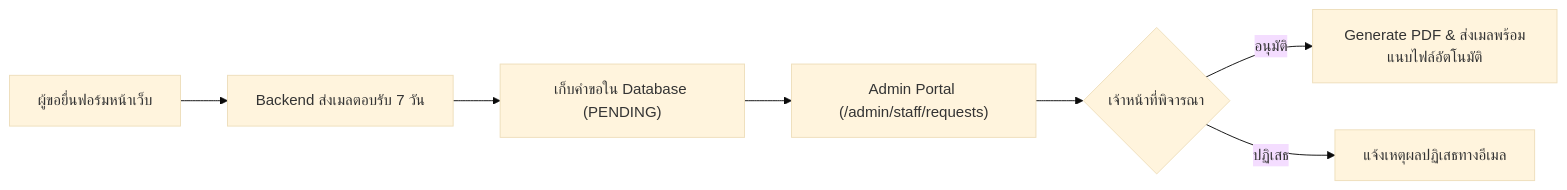
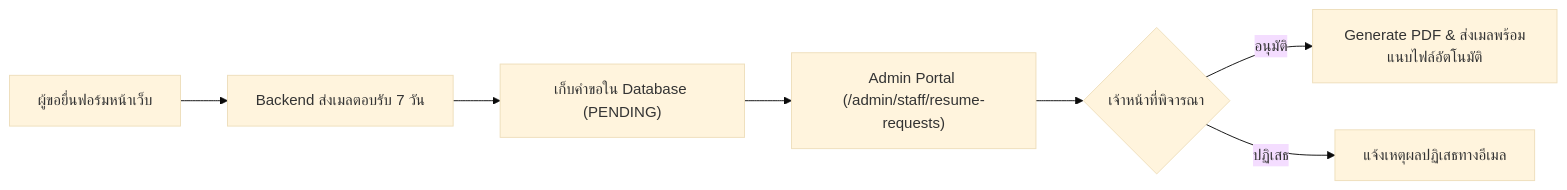
Before and after one commit to go2december/soc-crru-2026: the diagram in docs/01_Active_Tasks/plan-staff-resume-admin-portal.md, drawn with Mermaid (base theme). The commit also changed other lines of this file and 70 other files, not shown here.

Commit message:
feat(staff): complete resume requests admin portal, anti-bot verification, and agent skill pruning

````diff
--- a/docs/01_Active_Tasks/plan-staff-resume-admin-portal.md
+++ b/docs/01_Active_Tasks/plan-staff-resume-admin-portal.md
@@ -23,9 +24,9 @@
 ```mermaid
 flowchart LR
     A["ผู้ขอยื่นฟอร์มหน้าเว็บ"] --> B["Backend ส่งเมลตอบรับ 7 วัน"]
     B --> C["เก็บคำขอใน Database (PENDING)"]
-    C --> D["Admin Portal (/admin/staff/requests)"]
+    C --> D["Admin Portal (/admin/staff/resume-requests)"]
     D --> E{"เจ้าหน้าที่พิจารณา"}
     E -->|อนุมัติ| F["Generate PDF & ส่งเมลพร้อมแนบไฟล์อัตโนมัติ"]
     E -->|ปฏิเสธ| G["แจ้งเหตุผลปฏิเสธทางอีเมล"]
 ```
````
